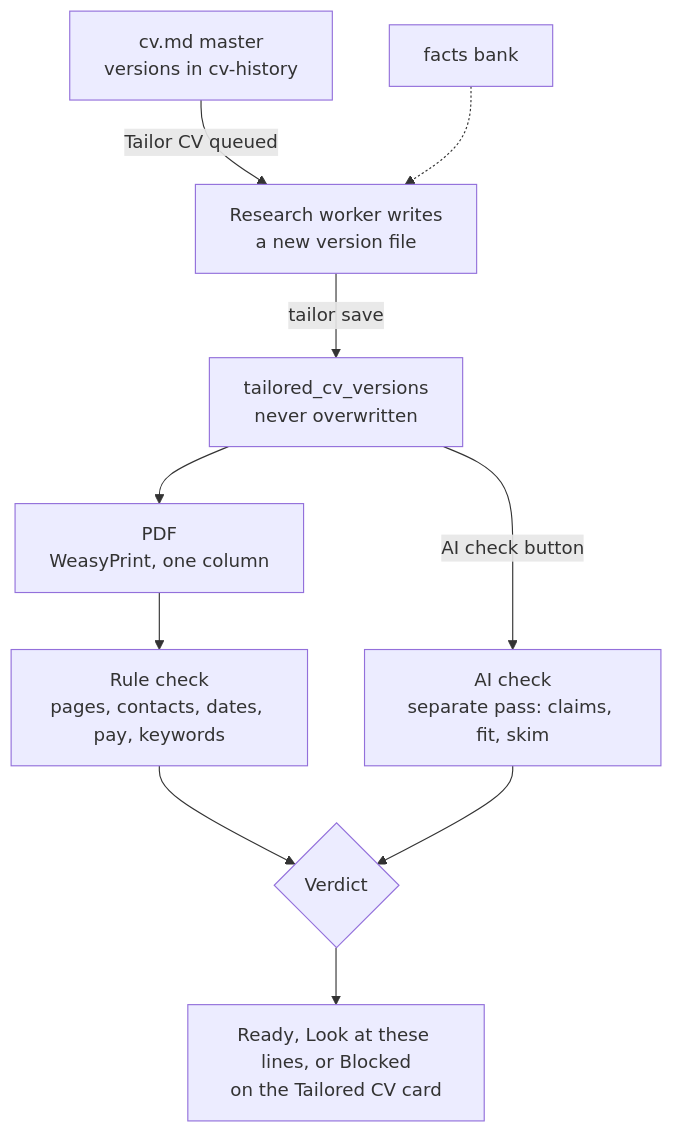
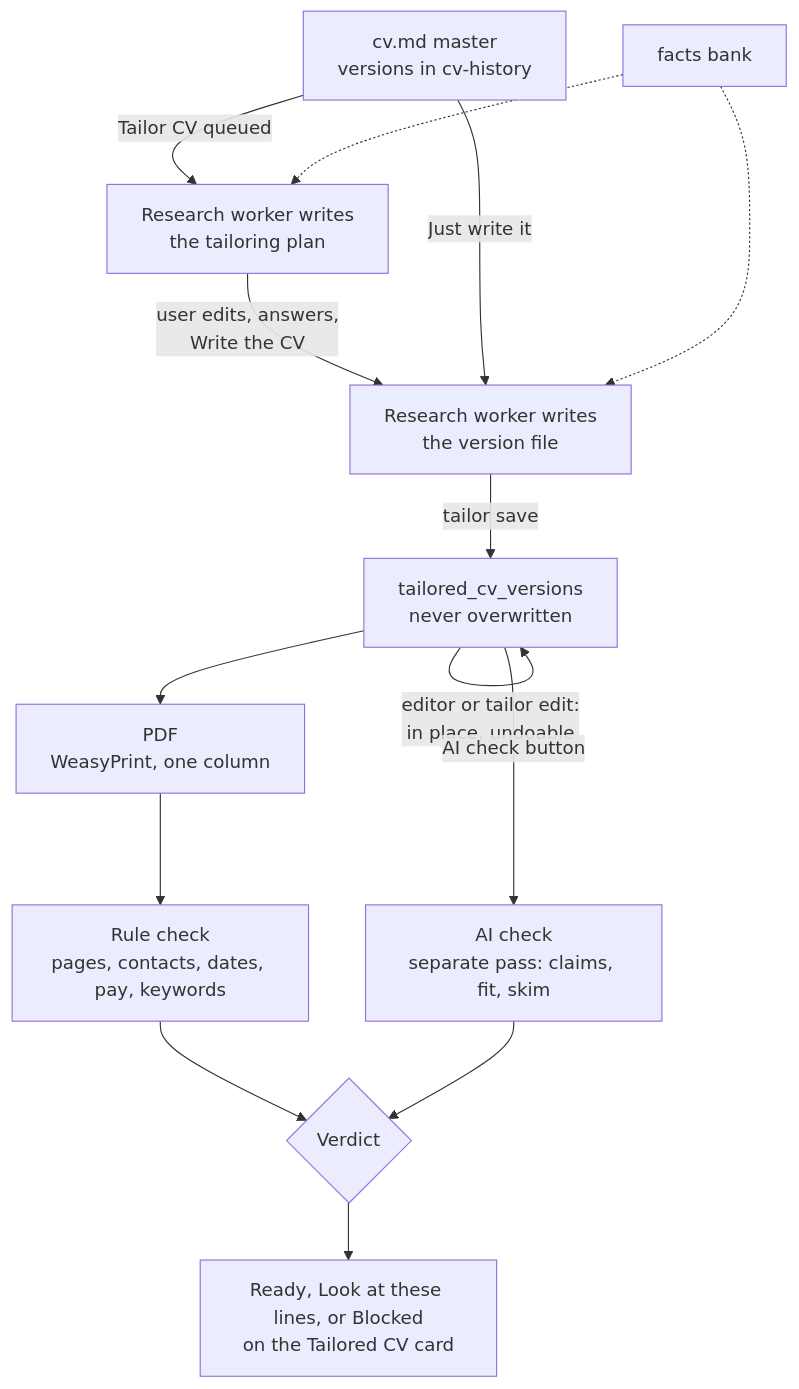
One commit to Pavlana/hirey changed the seventh of 10 diagrams in docs/how-it-works.md. Above: the diagram before and after it, drawn with Mermaid. The commit also changed other lines of this file and 29 other files, not shown here.

First line of the commit message:
Plan-first tailoring and an in-panel CV editor (#59)

````diff
--- a/docs/how-it-works.md
+++ b/docs/how-it-works.md
@@ -243,12 +243,16 @@
 ```mermaid
 flowchart TD
-    master["cv.md master<br/>versions in cv-history"] -->|"Tailor CV queued"| tailor["Research worker writes<br/>a new version file"]
-    facts["facts bank"] -.-> tailor
+    master["cv.md master<br/>versions in cv-history"] -->|"Tailor CV queued"| plan["Research worker writes<br/>the tailoring plan"]
+    plan -->|"user edits, answers,<br/>Write the CV"| tailor["Research worker writes<br/>the version file"]
+    master -->|"Just write it"| tailor
+    facts["facts bank"] -.-> plan
+    facts -.-> tailor
     tailor -->|"tailor save"| version["tailored_cv_versions<br/>never overwritten"]
+    version -->|"editor or tailor edit:<br/>in place, undoable"| version
     version --> pdf["PDF<br/>WeasyPrint, one column"]
     pdf --> rules["Rule check<br/>pages, contacts, dates, pay, keywords"]
     version -->|"AI check button"| ai["AI check<br/>separate pass: claims, fit, skim"]
     rules --> verdict{"Verdict"}
     ai --> verdict
     verdict --> card["Ready, Look at these lines, or Blocked<br/>on the Tailored CV card"]
 ```
````
